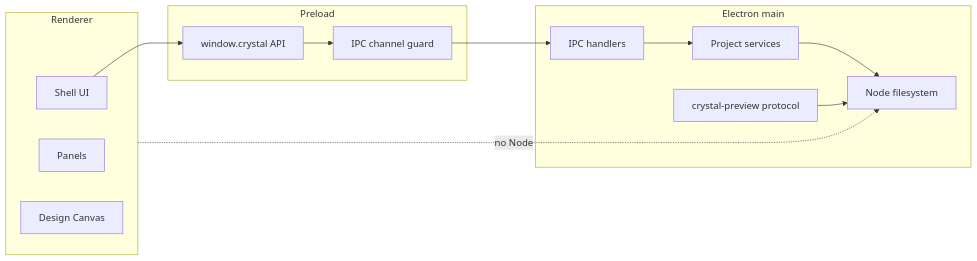
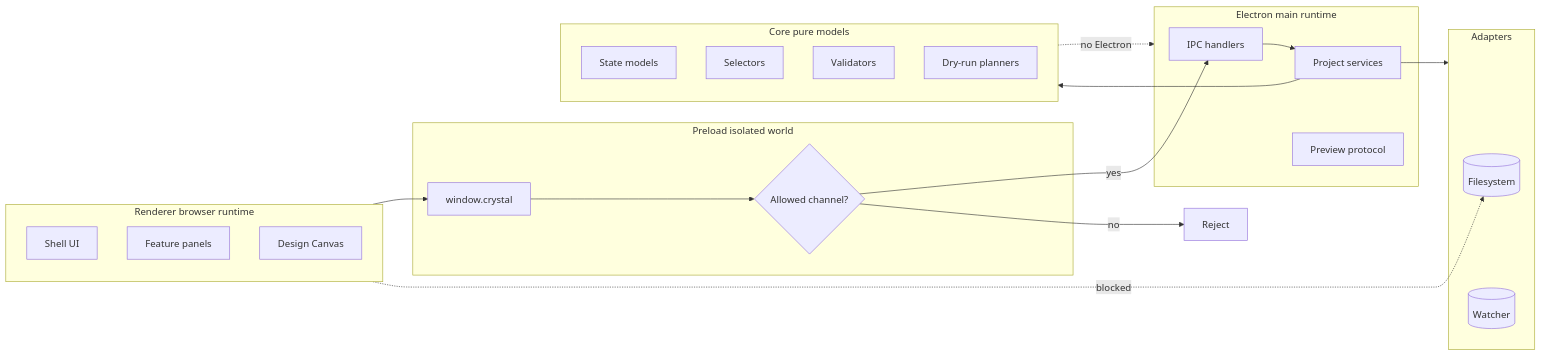
One commit to krestosa/Crystal changed the diagram in docs/architecture/runtime-boundaries.md. Above: the diagram before and after it, drawn with Mermaid. The commit also changed other lines of this file and 7 other files, not shown here.

Commit message:
Improve architecture docs visual structure

````diff
--- a/docs/architecture/runtime-boundaries.md
+++ b/docs/architecture/runtime-boundaries.md
@@ -17,28 +69,39 @@
 ```mermaid
 flowchart LR
-  subgraph RendererRuntime[Renderer]
+  subgraph Renderer[Renderer browser runtime]
     Shell[Shell UI]
-    Panels[Panels]
+    Panels[Feature panels]
     Canvas[Design Canvas]
   end
 
-  subgraph PreloadRuntime[Preload]
-    API[window.crystal API]
-    ChannelGuard[IPC channel guard]
+  subgraph Preload[Preload isolated world]
+    API[window.crystal]
+    Guard{Allowed channel?}
   end
 
-  subgraph MainRuntime[Electron main]
+  subgraph Main[Electron main runtime]
     IPC[IPC handlers]
     Services[Project services]
-    Protocol[crystal-preview protocol]
-    FS[Node filesystem]
+    Protocol[Preview protocol]
   end
 
-  Shell --> API
-  API --> ChannelGuard
-  ChannelGuard --> IPC
-  IPC --> Services
-  Services --> FS
-  Protocol --> FS
-  RendererRuntime -. no Node .-> FS
+  subgraph Core[Core pure models]
+    Models[State models]
+    Selectors[Selectors]
+    Validators[Validators]
+    Planners[Dry-run planners]
+  end
+
+  subgraph Effects[Adapters]
+    FS[(Filesystem)]
+    Watcher[(Watcher)]
+  end
+
+  Renderer --> API --> Guard
+  Guard -->|yes| IPC
+  Guard -->|no| Reject[Reject]
+  IPC --> Services --> Core
+  Services --> Effects
+  Renderer -. blocked .-> FS
+  Core -. no Electron .-> Main
 ```
````
